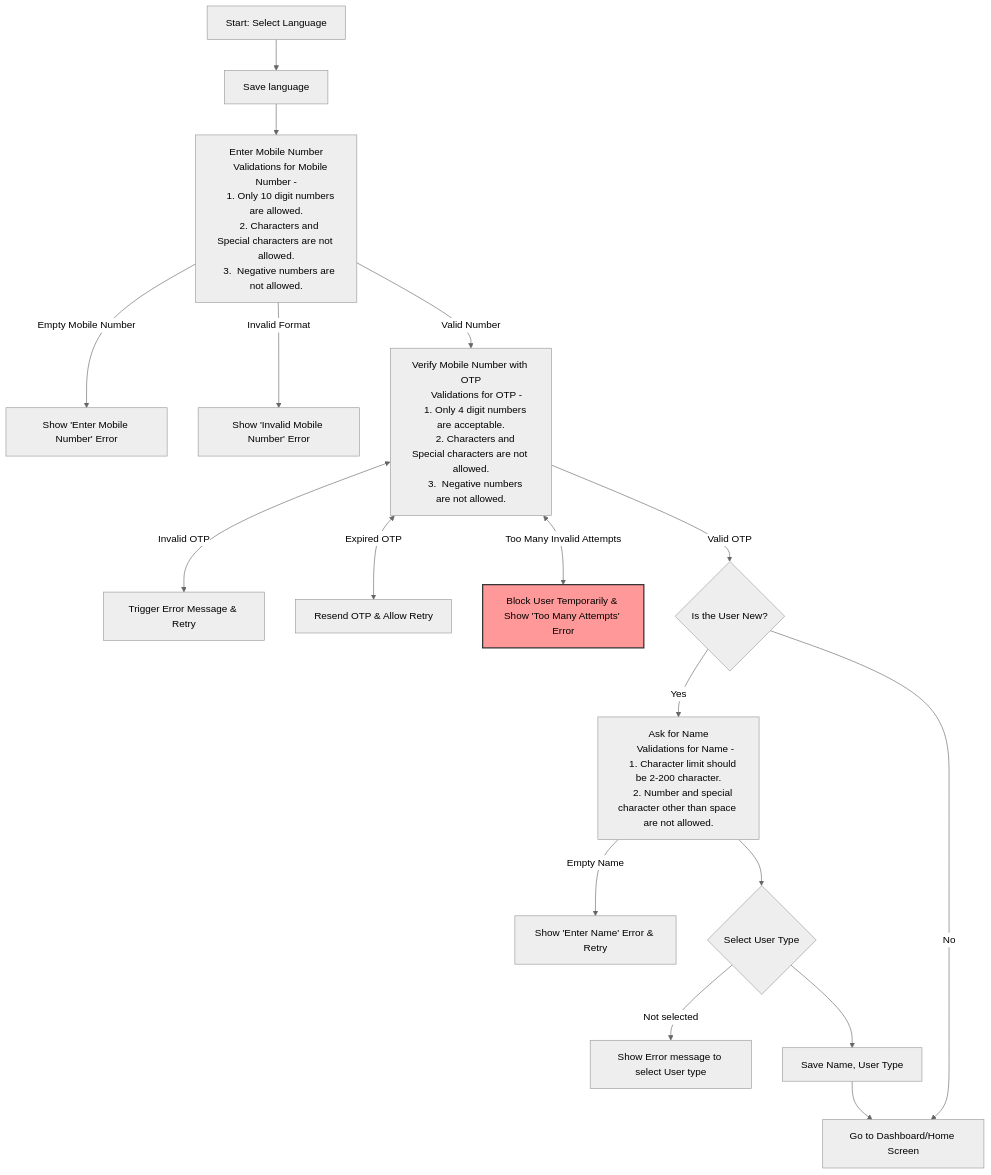
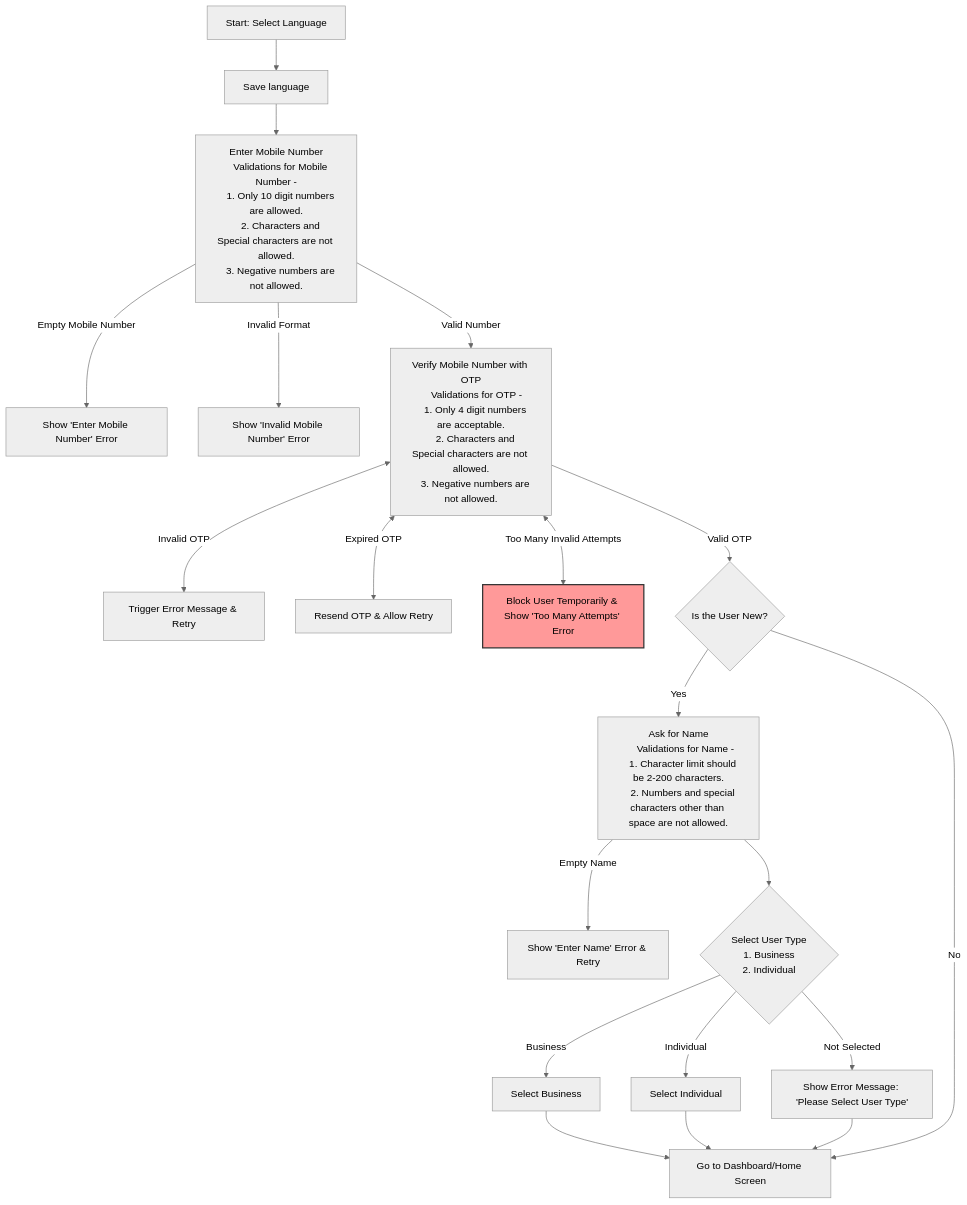
Before and after one commit to NitishaPolynomial/GoGoods: the diagram in Onboarding with validation.md, drawn with Mermaid (neutral theme).

Commit message:
Update Onboarding with validation.md

````diff
--- a/Onboarding with validation.md
+++ b/Onboarding with validation.md
@@ -1,39 +1,49 @@
 ```mermaid
 flowchart TD
     A["Start: Select Language"] --> B["Save language"]
+    
     B --> C["Enter Mobile Number
     Validations for Mobile Number -
     1. Only 10 digit numbers are allowed.
-   2. Characters and Special characters are not allowed.
-   3.  Negative numbers are not allowed."]
+    2. Characters and Special characters are not allowed.
+    3. Negative numbers are not allowed."]
+    
     C -- Empty Mobile Number --> C1@{ label: "Show 'Enter Mobile Number' Error" }
     C -- Invalid Format --> C2@{ label: "Show 'Invalid Mobile Number' Error" }
     C -- Valid Number --> D["Verify Mobile Number with OTP
     Validations for OTP -
     1. Only 4 digit numbers are acceptable.
     2. Characters and Special characters are not allowed.
-    3.  Negative numbers are not allowed."]
+    3. Negative numbers are not allowed."]
+    
     D -- Invalid OTP <--> E["Trigger Error Message & Retry"]
     D -- Expired OTP <--> F["Resend OTP & Allow Retry"]
     D -- Too Many Invalid Attempts <--> D1@{ label: "Block User Temporarily & Show 'Too Many Attempts' Error" }
     D -- Valid OTP --> G{"Is the User New?"}
+    
     G -- Yes --> H["Ask for Name
      Validations for Name -
-    1. Character limit should be 2-200 character.
-    2. Number and special character other than space are not allowed. "]
+    1. Character limit should be 2-200 characters.
+    2. Numbers and special characters other than space are not allowed. "]
+    
     H -- Empty Name --> H1@{ label: "Show 'Enter Name' Error & Retry" }
-    H --> I{"Select User Type"}
-    I -- Not selected --> I1["Show Error message to select User type"]
-    I --> J["Save Name, User Type"]
-    J --> K["Go to Dashboard/Home Screen"]
-    G -- No --> K
+    
+    H --> I{"Select User Type
+    1. Business
+    2. Individual"}
 
-    
+    I -- Business --> B1["Select Business"]
+    B1 --> K
 
+    I -- Individual --> B2["Select Individual"]
+    B2 --> K
 
+    I -- Not Selected --> B3["Show Error Message: 'Please Select User Type'"]
+    B3 --> K
 
+    G -- No --> K["Go to Dashboard/Home Screen"]
 
     style D1 fill:#f99,stroke:#333,stroke-width:2px
 
   
 ```
````
